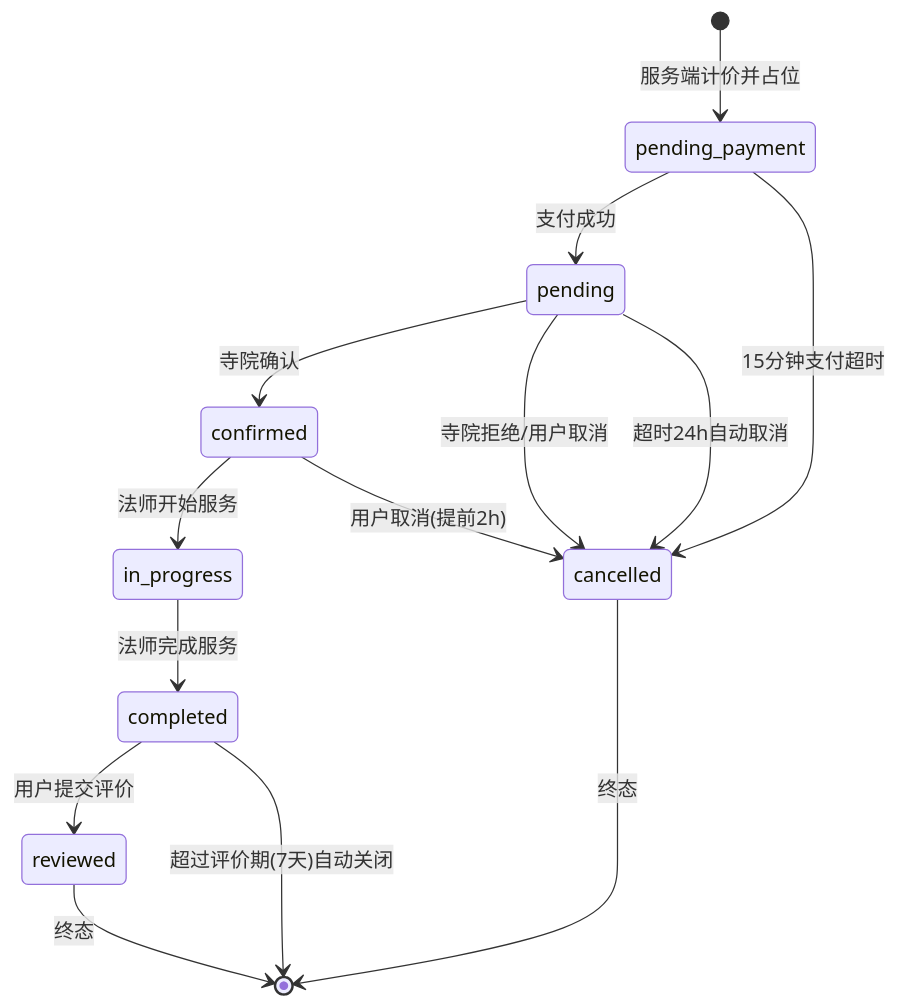
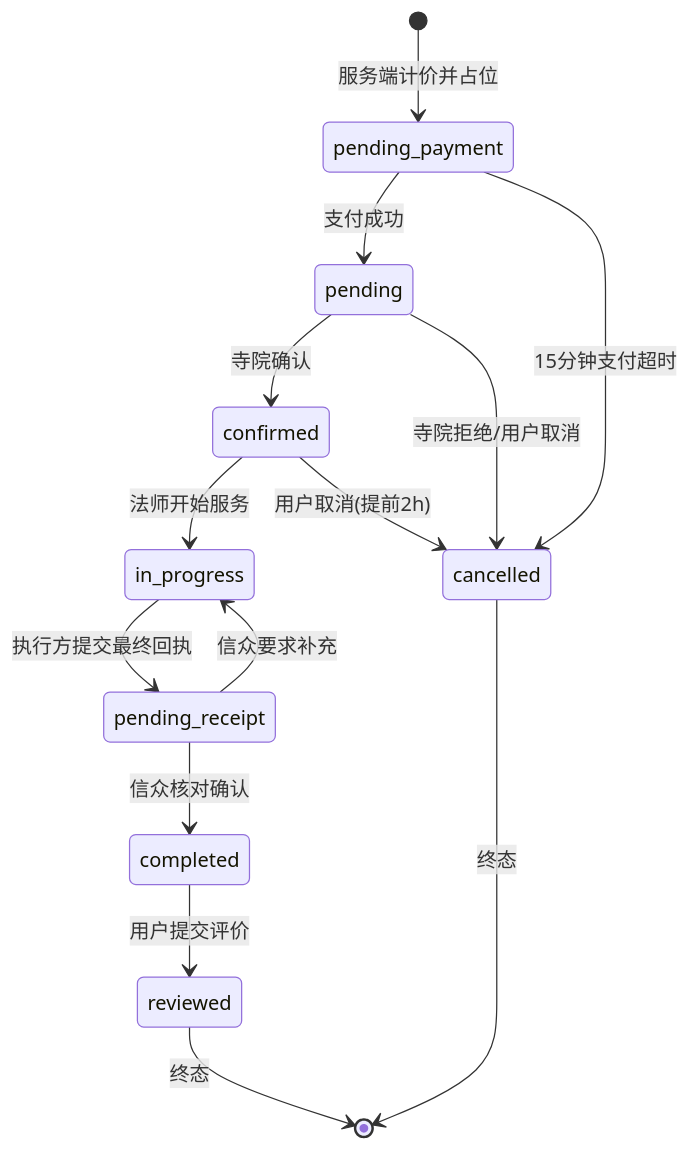
One commit to askxuan-dongfang/askxuan-docs changed the second of 2 diagrams in docs/architecture/services/预约服务.md. Above: the diagram before and after it, drawn with Mermaid. The commit also changed other lines of this file and 38 other files, not shown here.

````diff
--- a/docs/architecture/services/预约服务.md
+++ b/docs/architecture/services/预约服务.md
@@ -148,16 +152,16 @@
 ```mermaid
 stateDiagram-v2
 	[*] --> pending_payment: 服务端计价并占位
 	pending_payment --> pending: 支付成功
 	pending_payment --> cancelled: 15分钟支付超时
     pending --> confirmed: 寺院确认
     pending --> cancelled: 寺院拒绝/用户取消
-    pending --> cancelled: 超时24h自动取消
     confirmed --> in_progress: 法师开始服务
     confirmed --> cancelled: 用户取消(提前2h)
-    in_progress --> completed: 法师完成服务
+    in_progress --> pending_receipt: 执行方提交最终回执
+    pending_receipt --> in_progress: 信众要求补充
+    pending_receipt --> completed: 信众核对确认
     completed --> reviewed: 用户提交评价
-    completed --> [*]: 超过评价期(7天)自动关闭
     reviewed --> [*]: 终态
     cancelled --> [*]: 终态
 ```
````
